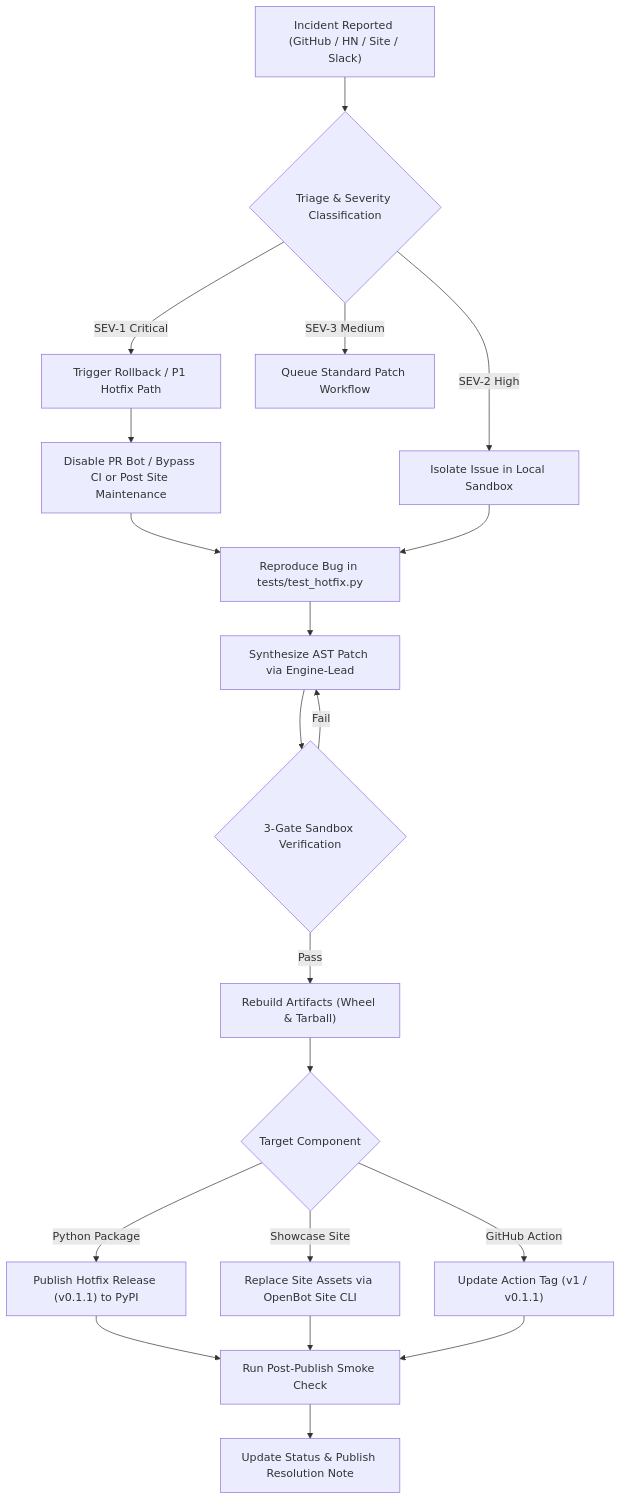
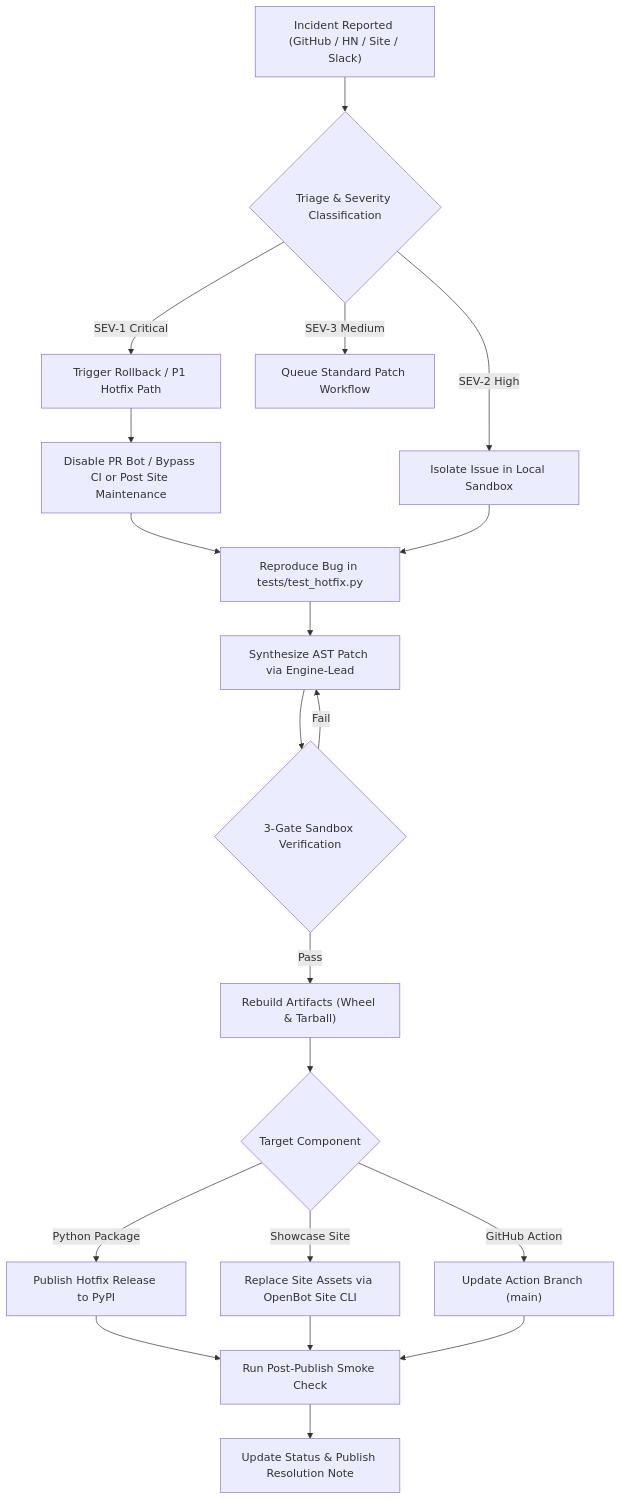
Before and after one commit to Somay-Saini/ayentra-ai: the diagram in docs/launch_war_room_runbook.md, drawn with Mermaid. The commit also changed other lines of this file and 30 other files, not shown here.

````diff
--- a/docs/launch_war_room_runbook.md
+++ b/docs/launch_war_room_runbook.md
@@ -125,27 +125,27 @@
 ```mermaid
 flowchart TD
     A["Incident Reported (GitHub / HN / Site / Slack)"] --> B{"Triage & Severity Classification"}
     B -->|SEV-1 Critical| C["Trigger Rollback / P1 Hotfix Path"]
     B -->|SEV-2 High| D["Isolate Issue in Local Sandbox"]
     B -->|SEV-3 Medium| E["Queue Standard Patch Workflow"]
 
     C --> C1["Disable PR Bot / Bypass CI or Post Site Maintenance"]
     C1 --> C2["Reproduce Bug in tests/test_hotfix.py"]
     C2 --> C3["Synthesize AST Patch via Engine-Lead"]
 
     D --> C2
 
     C3 --> F{"3-Gate Sandbox Verification"}
     F -->|Fail| C3
     F -->|Pass| G["Rebuild Artifacts (Wheel & Tarball)"]
 
     G --> H{"Target Component"}
-    H -->|Python Package| I["Publish Hotfix Release (v0.1.1) to PyPI"]
+    H -->|Python Package| I["Publish Hotfix Release to PyPI"]
     H -->|Showcase Site| J["Replace Site Assets via OpenBot Site CLI"]
-    H -->|GitHub Action| K["Update Action Tag (v1 / v0.1.1)"]
+    H -->|GitHub Action| K["Update Action Branch (main)"]
 
     I --> L["Run Post-Publish Smoke Check"]
     J --> L
     K --> L
     L --> M["Update Status & Publish Resolution Note"]
 ```
````
